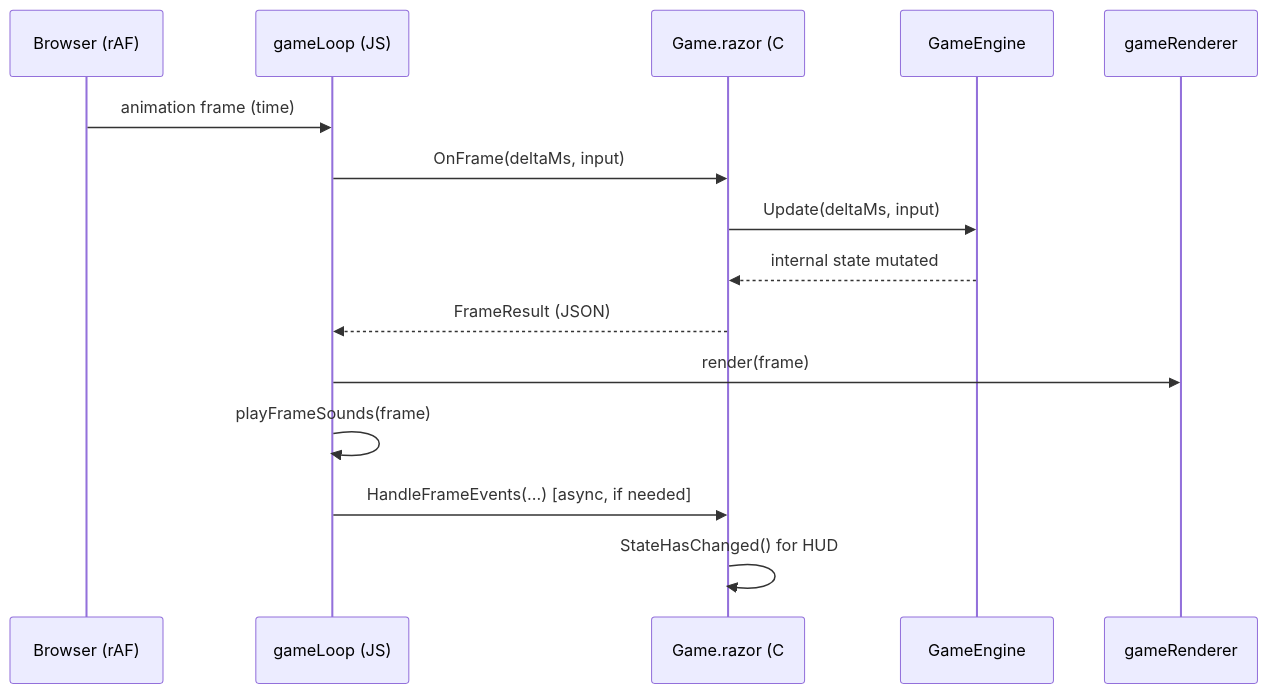
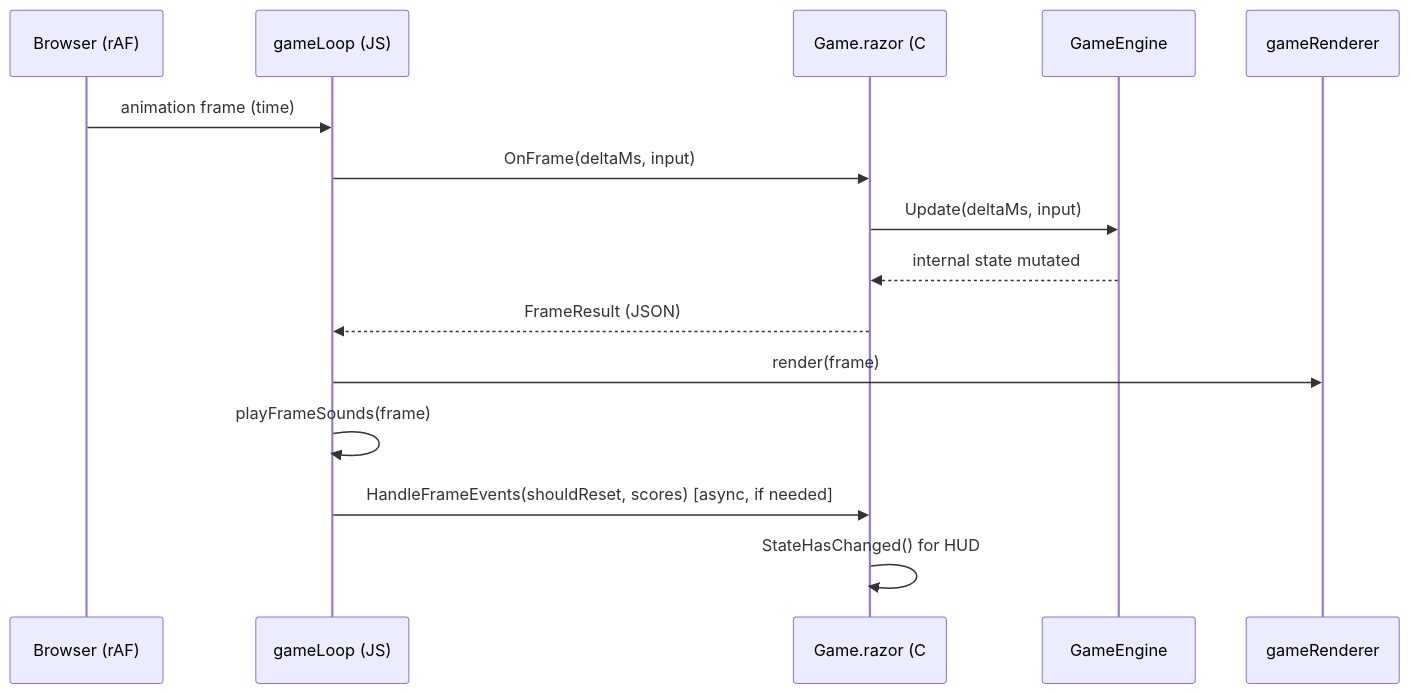
The third of 4 diagrams in ARCHITECTURE.md (psoszynski/asteroids_blazor), drawn with Mermaid before and after one commit. The commit also changed other lines of this file and 11 other files, not shown here.

````diff
--- a/ARCHITECTURE.md
+++ b/ARCHITECTURE.md
@@ -118,18 +120,18 @@
 ```mermaid
 sequenceDiagram
     participant Browser as Browser (rAF)
     participant JS as gameLoop (JS)
     participant CSharp as Game.razor (C#)
     participant Engine as GameEngine
     participant Canvas as gameRenderer
 
     Browser->>JS: animation frame (time)
     JS->>CSharp: OnFrame(deltaMs, input)
     CSharp->>Engine: Update(deltaMs, input)
     Engine-->>CSharp: internal state mutated
     CSharp-->>JS: FrameResult (JSON)
     JS->>Canvas: render(frame)
     JS->>JS: playFrameSounds(frame)
-    JS->>CSharp: HandleFrameEvents(...) [async, if needed]
+    JS->>CSharp: HandleFrameEvents(shouldReset, scores) [async, if needed]
     CSharp->>CSharp: StateHasChanged() for HUD
 ```
````
